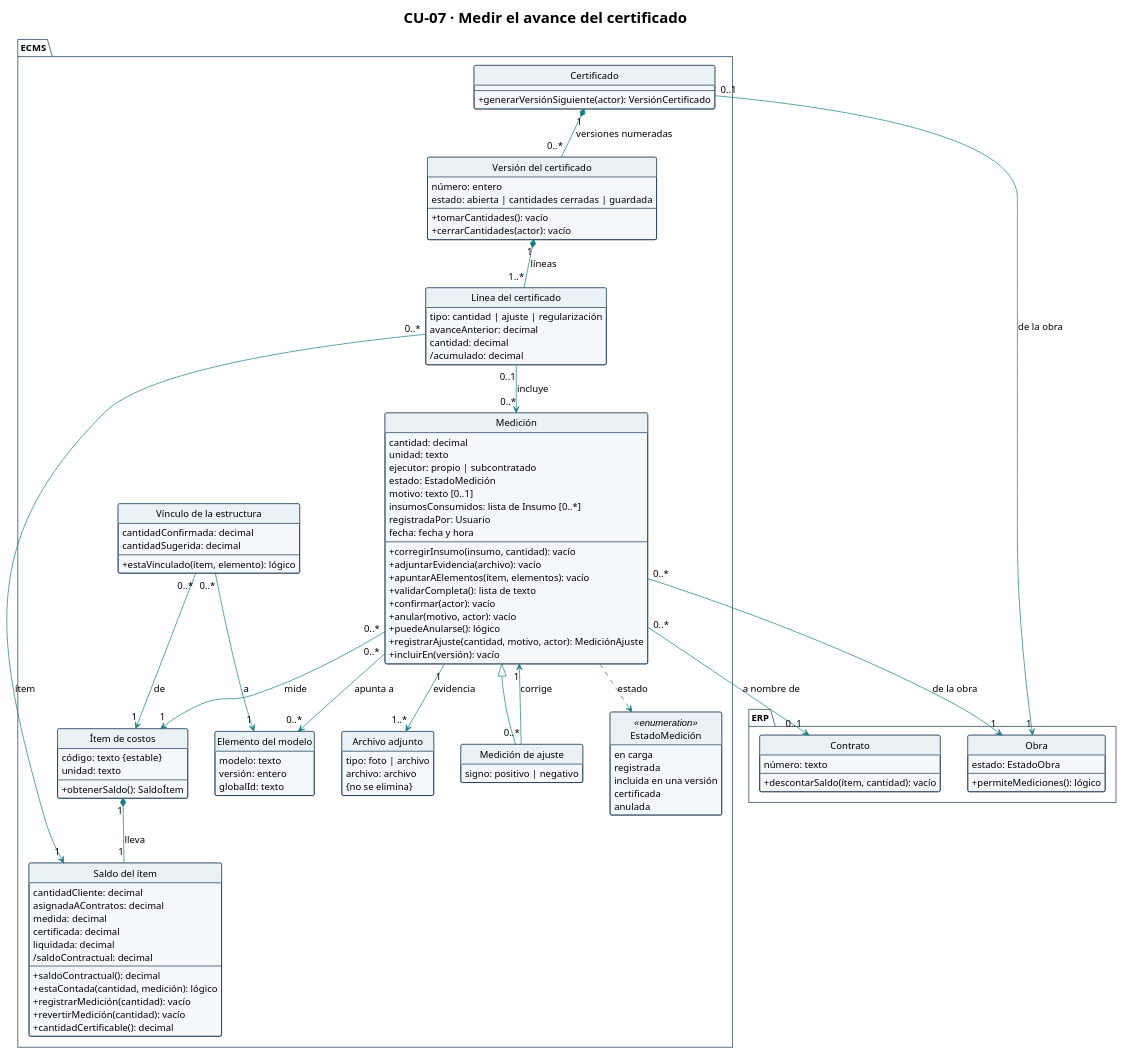
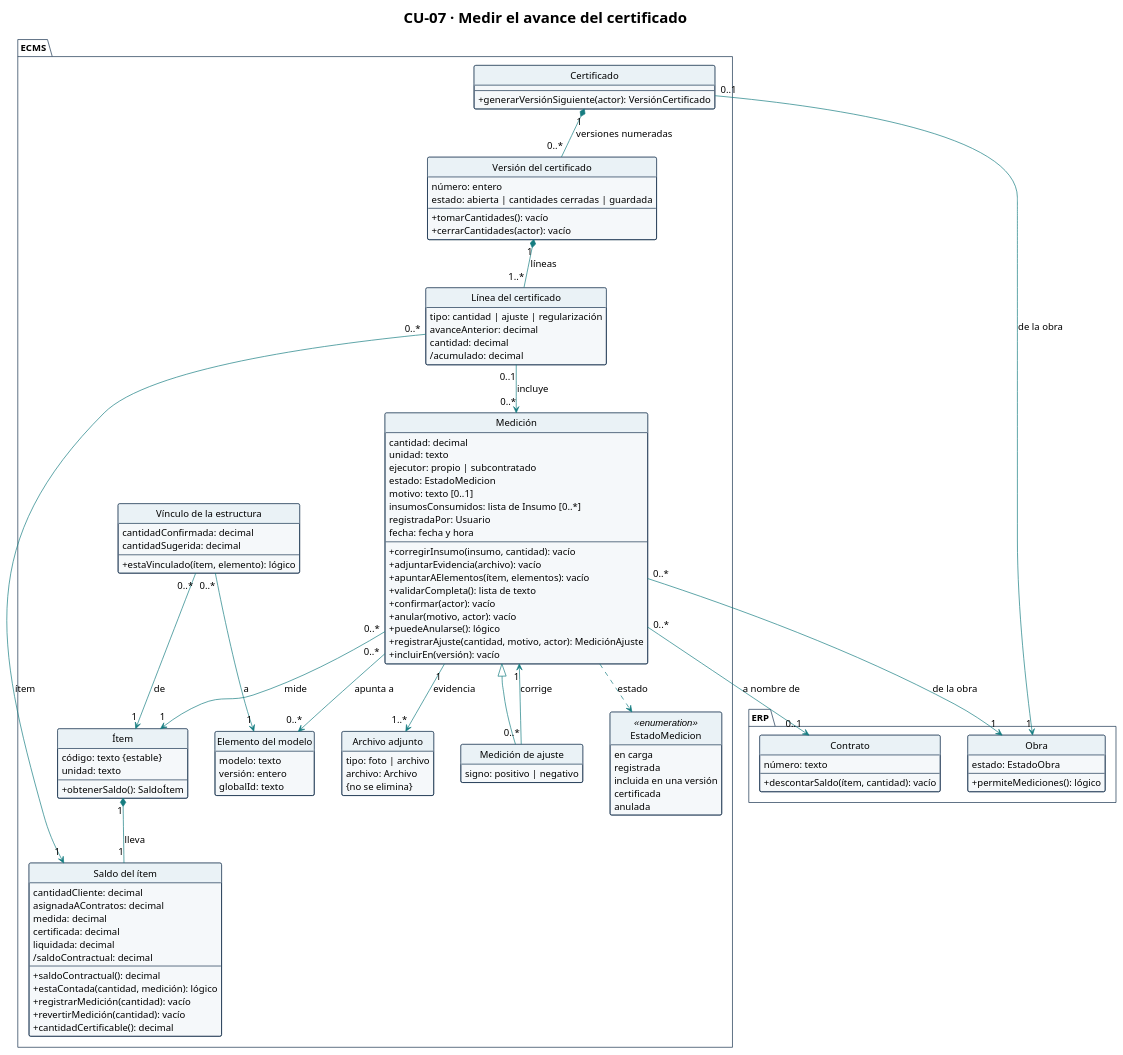
Before and after one commit to Ssrrb/tpf-uca: the diagram in diagramas/CU-07-clases.puml, drawn with PlantUML. The commit also changed 9 other files, not shown here.

First line of the commit message:
Diagrama de subsistemas (TPC 07) y avance de la pasada de consistencia

```diff
--- a/diagramas/CU-07-clases.puml
+++ b/diagramas/CU-07-clases.puml
@@ -1,157 +1,157 @@
 @startuml
 !theme plain
 skinparam style strictuml
 title CU-07 · Medir el avance del certificado
 hide circle
 hide empty methods
 hide empty fields
 skinparam shadowing false
 skinparam classAttributeIconSize 0
 skinparam defaultFontName Arial
 skinparam defaultFontSize 14
 skinparam nodesep 40
 skinparam ranksep 50
 skinparam ArrowColor #167C80
 skinparam class {
   BackgroundColor #F5F8FA
   BorderColor #17324D
   HeaderBackgroundColor #EAF2F6
 }
 skinparam package {
   BackgroundColor #FFFFFF
   BorderColor #17324D
 }
 skinparam note {
   BackgroundColor #FFFFFF
   BorderColor #17324D
 }
 package "ECMS" {
-  class "Ítem de costos" as ItemCostos {
+  class "Ítem" as Item {
     código: texto {estable}
     unidad: texto
     --
     + obtenerSaldo(): SaldoÍtem
   }
 
   class "Saldo del ítem" as SaldoItem {
     cantidadCliente: decimal
     asignadaAContratos: decimal
     medida: decimal
     certificada: decimal
     liquidada: decimal
     /saldoContractual: decimal
     --
     + saldoContractual(): decimal
     + estaContada(cantidad, medición): lógico
     + registrarMedición(cantidad): vacío
     + revertirMedición(cantidad): vacío
     + cantidadCertificable(): decimal
   }
 
   class "Medición" as Medicion {
     cantidad: decimal
     unidad: texto
     ejecutor: propio | subcontratado
-    estado: EstadoMedición
+    estado: EstadoMedicion
     motivo: texto [0..1]
     insumosConsumidos: lista de Insumo [0..*]
     registradaPor: Usuario
     fecha: fecha y hora
     --
     + corregirInsumo(insumo, cantidad): vacío
     + adjuntarEvidencia(archivo): vacío
     + apuntarAElementos(ítem, elementos): vacío
     + validarCompleta(): lista de texto
     + confirmar(actor): vacío
     + anular(motivo, actor): vacío
     + puedeAnularse(): lógico
     + registrarAjuste(cantidad, motivo, actor): MediciónAjuste
     + incluirEn(versión): vacío
   }
 
   class "Medición de ajuste" as MedicionAjuste {
     signo: positivo | negativo
   }
 
   class "Archivo adjunto" as ArchivoAdjunto {
     tipo: foto | archivo
-    archivo: archivo
+    archivo: Archivo
     {no se elimina}
   }
 
   class "Vínculo de la estructura" as VinculoEstructura {
     cantidadConfirmada: decimal
     cantidadSugerida: decimal
     --
     + estaVinculado(ítem, elemento): lógico
   }
 
   class "Elemento del modelo" as ElementoModelo {
     modelo: texto
     versión: entero
     globalId: texto
   }
 
   class "Certificado" as Certificado {
     --
     + generarVersiónSiguiente(actor): VersiónCertificado
   }
 
   class "Versión del certificado" as VersionCertificado {
     número: entero
     estado: abierta | cantidades cerradas | guardada
     --
     + tomarCantidades(): vacío
     + cerrarCantidades(actor): vacío
   }
 
   class "Línea del certificado" as LineaCertificado {
     tipo: cantidad | ajuste | regularización
     avanceAnterior: decimal
     cantidad: decimal
     /acumulado: decimal
   }
 
-  enum EstadoMedición <<enumeration>> {
+  enum EstadoMedicion <<enumeration>> {
     en carga
     registrada
     incluida en una versión
     certificada
     anulada
   }
 }
 
 package "ERP" {
   class Obra {
     estado: EstadoObra
     --
     + permiteMediciones(): lógico
   }
 
   class Contrato {
     número: texto
     --
     + descontarSaldo(ítem, cantidad): vacío
   }
 
 }
 
-ItemCostos "1" *-- "1" SaldoItem : lleva
-Medicion "0..*" --> "1" ItemCostos : mide
+Item "1" *-- "1" SaldoItem : lleva
+Medicion "0..*" --> "1" Item : mide
 Medicion "0..*" --> "1" Obra : de la obra
 Medicion "0..*" --> "0..1" Contrato : a nombre de
 Medicion "1" --> "1..*" ArchivoAdjunto : evidencia
 Medicion "0..*" --> "0..*" ElementoModelo : apunta a
-VinculoEstructura "0..*" --> "1" ItemCostos : de
+VinculoEstructura "0..*" --> "1" Item : de
 VinculoEstructura "0..*" --> "1" ElementoModelo : a
 Medicion <|-- MedicionAjuste
 MedicionAjuste "0..*" --> "1" Medicion : corrige
 Certificado "0..1" --> "1" Obra : de la obra
 Certificado "1" *-- "0..*" VersionCertificado : versiones numeradas
 VersionCertificado "1" *-- "1..*" LineaCertificado : líneas
 LineaCertificado "0..1" --> "0..*" Medicion : incluye
 LineaCertificado "0..*" --> "1" SaldoItem : ítem
 
-Medicion ..> EstadoMedición : estado
+Medicion ..> EstadoMedicion : estado
 
 @enduml
```
